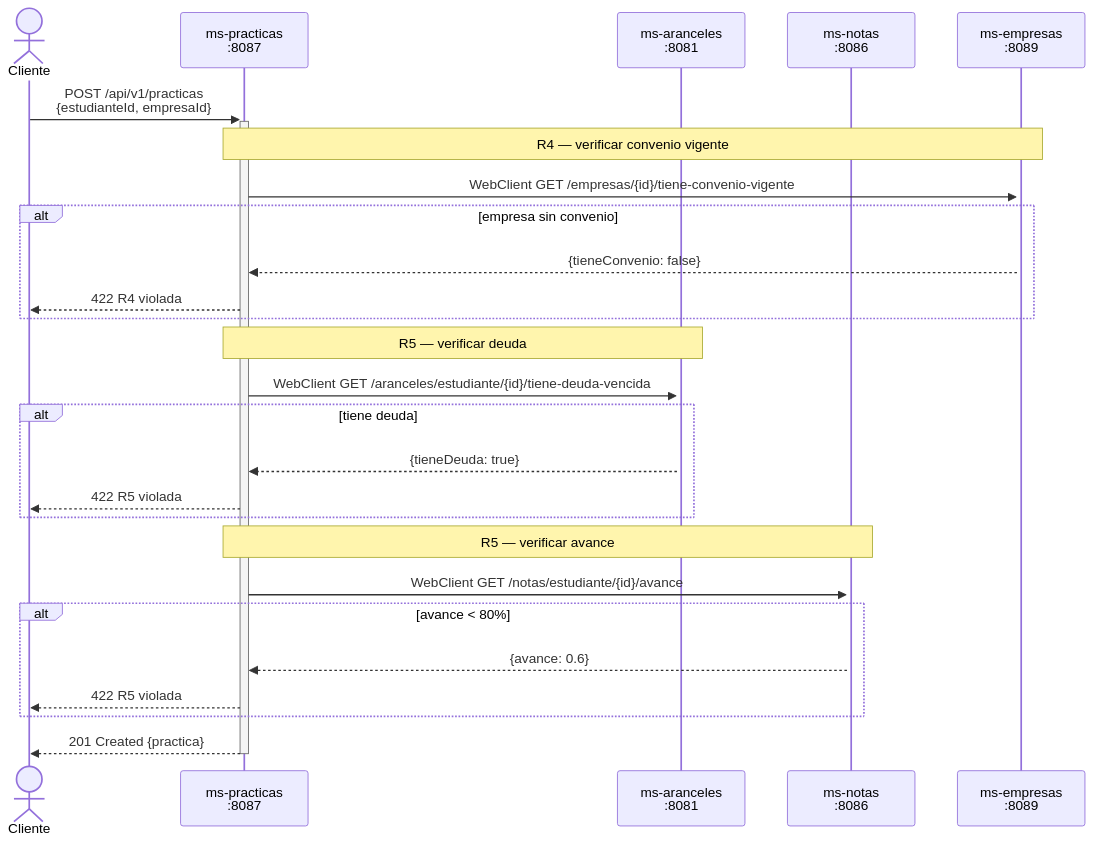
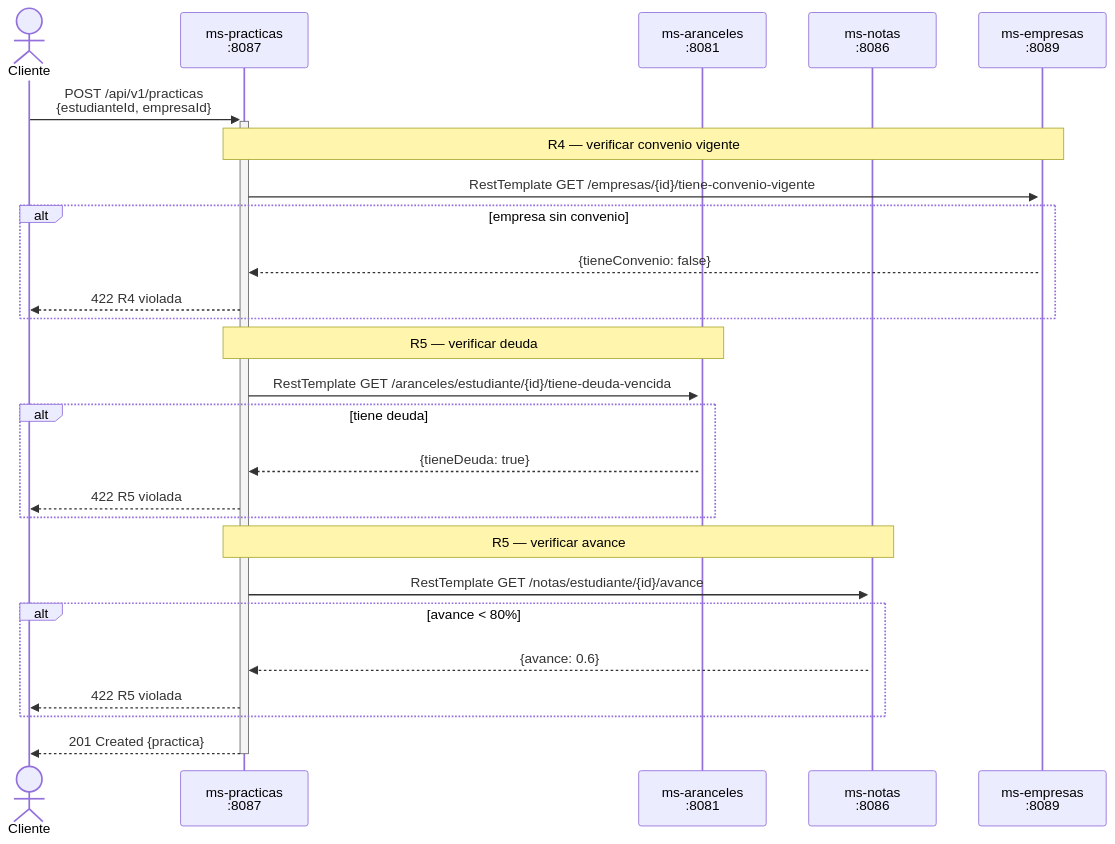
Before and after one commit to NicolasIrarrazabal/InstitutoPacifico: the second of 2 diagrams in README.md, drawn with Mermaid. The commit also changed other lines of this file and 155 other files, not shown here.

````diff
--- a/README.md
+++ b/README.md
@@ -165,33 +181,33 @@
 ```mermaid
 sequenceDiagram
     actor Cliente
     participant MP as ms-practicas<br/>:8087
     participant MA as ms-aranceles<br/>:8081
     participant MN as ms-notas<br/>:8086
     participant ME as ms-empresas<br/>:8089
 
     Cliente->>+MP: POST /api/v1/practicas<br/>{estudianteId, empresaId}
 
     Note over MP,ME: R4 — verificar convenio vigente
-    MP->>+ME: WebClient GET /empresas/{id}/tiene-convenio-vigente
+    MP->>+ME: RestTemplate GET /empresas/{id}/tiene-convenio-vigente
     alt empresa sin convenio
         ME-->>MP: {tieneConvenio: false}
         MP-->>Cliente: 422 R4 violada
     end
 
     Note over MP,MA: R5 — verificar deuda
-    MP->>+MA: WebClient GET /aranceles/estudiante/{id}/tiene-deuda-vencida
+    MP->>+MA: RestTemplate GET /aranceles/estudiante/{id}/tiene-deuda-vencida
     alt tiene deuda
         MA-->>MP: {tieneDeuda: true}
         MP-->>Cliente: 422 R5 violada
     end
 
     Note over MP,MN: R5 — verificar avance
-    MP->>+MN: WebClient GET /notas/estudiante/{id}/avance
+    MP->>+MN: RestTemplate GET /notas/estudiante/{id}/avance
     alt avance < 80%
         MN-->>MP: {avance: 0.6}
         MP-->>Cliente: 422 R5 violada
     end
 
     MP-->>-Cliente: 201 Created {practica}
 ```
````
